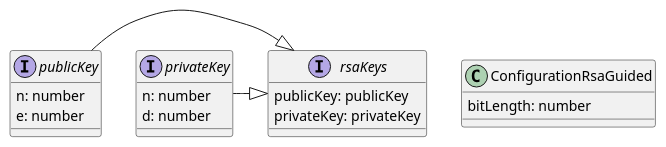
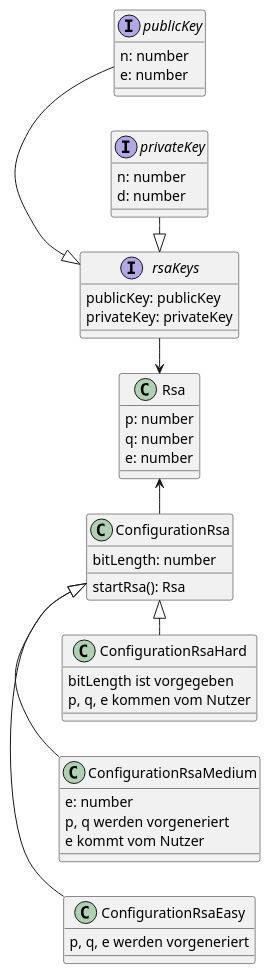
The diagram in docs/class.puml (a-schulz/ALADIN_Cryptography), drawn with PlantUML before and after one commit.

Commit message:
first class diagram

```diff
--- a/docs/class.puml
+++ b/docs/class.puml
@@ -1,26 +1,53 @@
 @startuml "class diagram rsa"
+'top to bottom direction
+left to right direction
 
-class ConfigurationRsaGuided{
+class ConfigurationRsa{
     bitLength: number
+    startRsa(): Rsa
 }
 
+class ConfigurationRsaEasy{
+p, q, e werden vorgeneriert
+}
+class ConfigurationRsaMedium{
+    e: number
+    p, q werden vorgeneriert
+    e kommt vom Nutzer
+}
+class ConfigurationRsaHard{
+    bitLength ist vorgegeben
+    p, q, e kommen vom Nutzer
+}
 
+ConfigurationRsaEasy -u|> ConfigurationRsa
+ConfigurationRsaMedium -u|> ConfigurationRsa
+ConfigurationRsaHard -u|> ConfigurationRsa
+
+class Rsa{
+p: number
+q: number
+e: number
+}
 
 interface rsaKeys {
 publicKey: publicKey
 privateKey: privateKey
 }
 
 interface publicKey{
 n: number
 e: number
 }
 
 interface privateKey{
 n: number
 d: number
 }
 
 publicKey -|> rsaKeys
 privateKey -|> rsaKeys
+rsaKeys -> Rsa
+
+Rsa <- ConfigurationRsa
 @enduml
```
